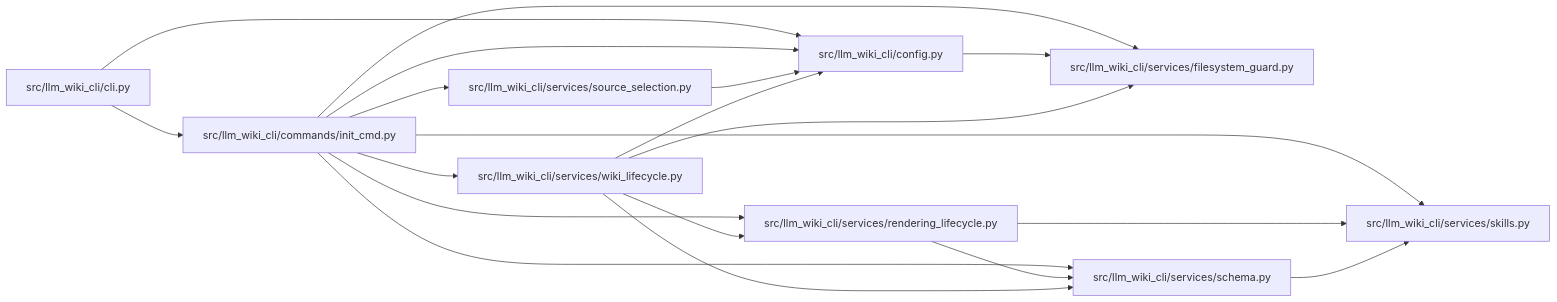
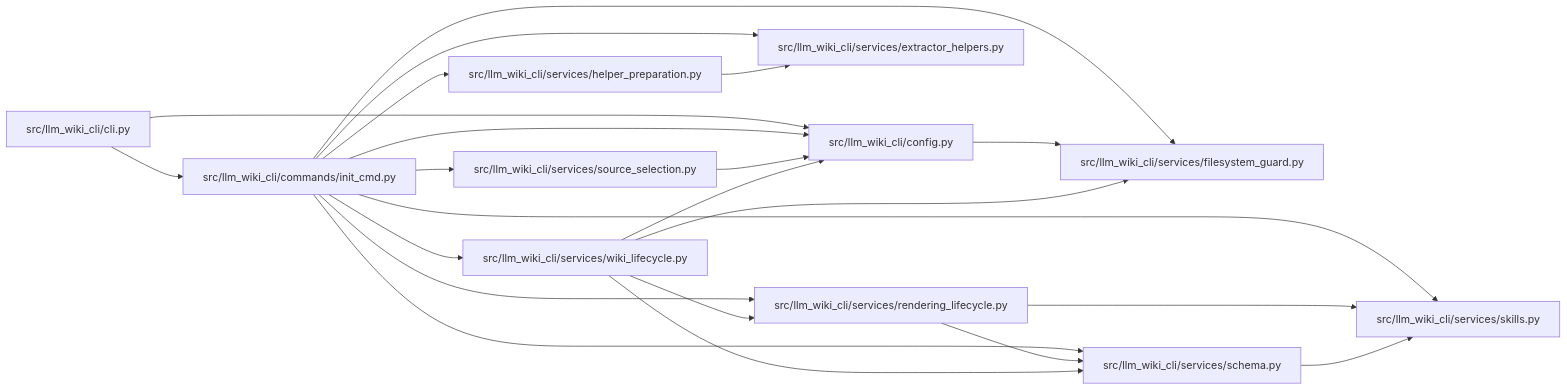
Before and after one commit to Denissvgn/python-wiki-llm: the diagram in docs/llm_wiki/modules/init_cmd.md, drawn with Mermaid. The commit also changed other lines of this file and 509 other files, not shown here.

First line of the commit message:
Automate extractor helper setup and guide agents through recovery (#45)

````diff
--- a/docs/llm_wiki/modules/init_cmd.md
+++ b/docs/llm_wiki/modules/init_cmd.md
@@ -28,39 +39,46 @@
 ```mermaid
 flowchart LR
     n0["src/llm_wiki_cli/cli.py"]
     n1["src/llm_wiki_cli/commands/init_cmd.py"]
     n2["src/llm_wiki_cli/config.py"]
-    n3["src/llm_wiki_cli/services/filesystem_guard.py"]
-    n4["src/llm_wiki_cli/services/rendering_lifecycle.py"]
-    n5["src/llm_wiki_cli/services/schema.py"]
-    n6["src/llm_wiki_cli/services/skills.py"]
-    n7["src/llm_wiki_cli/services/source_selection.py"]
-    n8["src/llm_wiki_cli/services/wiki_lifecycle.py"]
+    n3["src/llm_wiki_cli/services/extractor_helpers.py"]
+    n4["src/llm_wiki_cli/services/filesystem_guard.py"]
+    n5["src/llm_wiki_cli/services/helper_preparation.py"]
+    n6["src/llm_wiki_cli/services/rendering_lifecycle.py"]
+    n7["src/llm_wiki_cli/services/schema.py"]
+    n8["src/llm_wiki_cli/services/skills.py"]
+    n9["src/llm_wiki_cli/services/source_selection.py"]
+    n10["src/llm_wiki_cli/services/wiki_lifecycle.py"]
     n0 --> n1
     n0 --> n2
     n1 --> n2
     n1 --> n3
     n1 --> n4
     n1 --> n5
     n1 --> n6
     n1 --> n7
     n1 --> n8
-    n2 --> n3
-    n4 --> n5
-    n4 --> n6
-    n5 --> n6
-    n7 --> n2
-    n8 --> n2
-    n8 --> n3
-    n8 --> n4
-    n8 --> n5
+    n1 --> n9
+    n1 --> n10
+    n2 --> n4
+    n5 --> n3
+    n6 --> n7
+    n6 --> n8
+    n7 --> n8
+    n9 --> n2
+    n10 --> n2
+    n10 --> n4
+    n10 --> n6
+    n10 --> n7
     click n0 "../modules/cli.md"
     click n1 "../modules/init_cmd.md"
     click n2 "../modules/config.md"
-    click n3 "../modules/filesystem_guard.md"
-    click n4 "../modules/rendering_lifecycle.md"
-    click n5 "../modules/services_schema.md"
-    click n6 "../modules/skills.md"
-    click n7 "../modules/source_selection.md"
-    click n8 "../modules/wiki_lifecycle.md"
+    click n3 "../modules/extractor_helpers.md"
+    click n4 "../modules/filesystem_guard.md"
+    click n5 "../modules/helper_preparation.md"
+    click n6 "../modules/rendering_lifecycle.md"
+    click n7 "../modules/services_schema.md"
+    click n8 "../modules/skills.md"
+    click n9 "../modules/source_selection.md"
+    click n10 "../modules/wiki_lifecycle.md"
 ```
````
